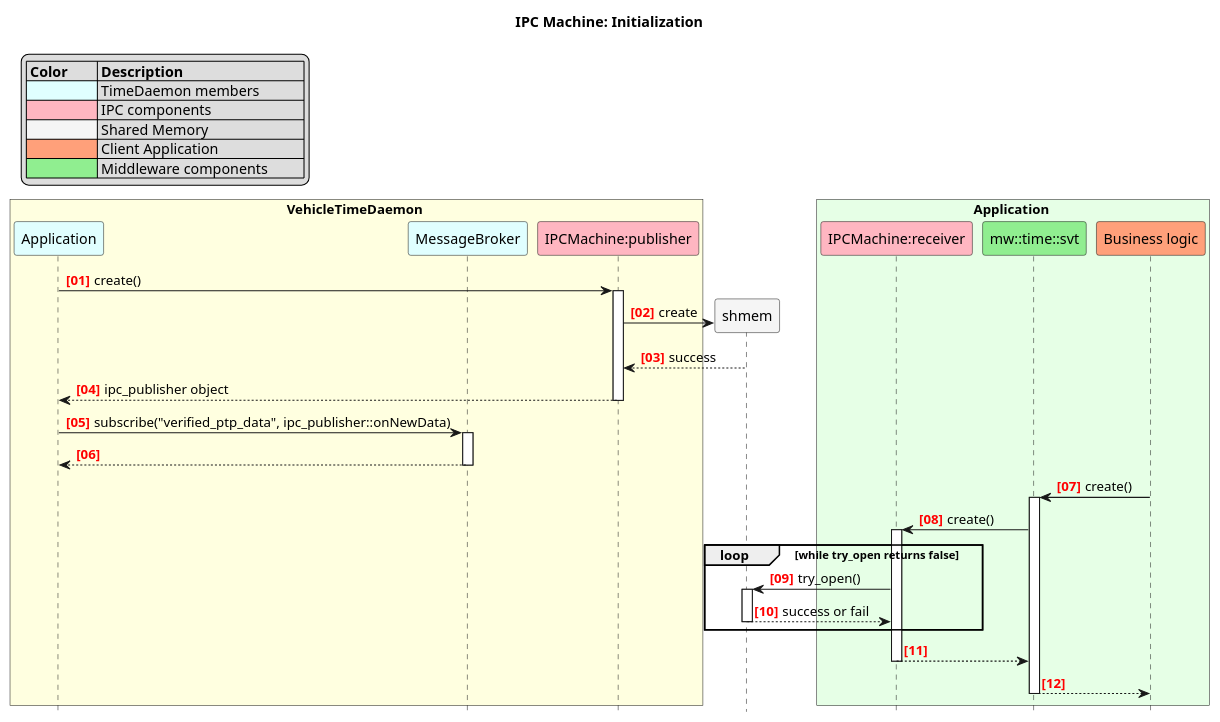
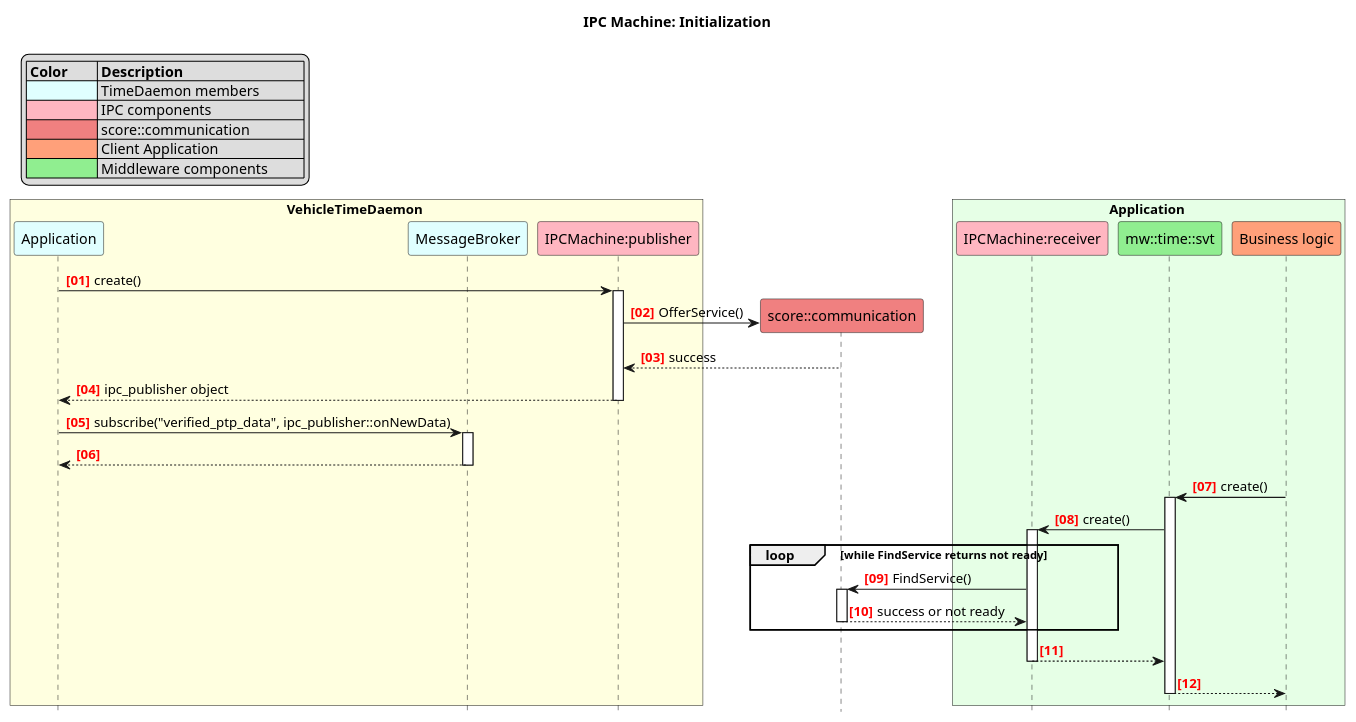
The diagram in docs/time/_assets/ipc/ipc_init_seq.puml (lavrovvalera/inc_time), drawn with PlantUML before and after one commit. The commit also changed 8 other files, not shown here.

```diff
--- a/docs/time/_assets/ipc/ipc_init_seq.puml
+++ b/docs/time/_assets/ipc/ipc_init_seq.puml
@@ -1,49 +1,49 @@
 @startuml ipc_init_seq_diagram
 
 title IPC Machine: Initialization
 
 hide footbox
 
 autonumber "<font color=red><b>[00]"
 autoactivate on
 
 legend top left
     |= Color        |= Description                  |
     |<#LightCyan>   | TimeDaemon members            |
     |<#LightPink>   | IPC components                |
-    |<#WhiteSmoke>  | Shared Memory                 |
+    |<#LightCoral>  | score::communication          |
     |<#LightSalmon> | Client Application            |
     |<#LightGreen>  | Middleware components         |
 endlegend
 
 box VehicleTimeDaemon #LightYellow
     participant "Application" as app #LightCyan
     participant "MessageBroker" as broker #LightCyan
     participant "IPCMachine:publisher" as ipc_publisher #LightPink
 end box
 
-participant "shmem" as shared_memory #WhiteSmoke
+participant "score::communication" as score_comm #LightCoral
 
 box Application #e6ffe6
     participant "IPCMachine:receiver" as ipc_receiver #LightPink
     participant "mw::time::svt" as mw #LightGreen
     participant "Business logic" as client_app #LightSalmon
 end box
 
 app -> ipc_publisher: create()
-ipc_publisher -> shared_memory**: create
-shared_memory --> ipc_publisher: success
+ipc_publisher -> score_comm**: OfferService()
+score_comm --> ipc_publisher: success
 ipc_publisher --> app : ipc_publisher object
 app -> broker : subscribe("verified_ptp_data", ipc_publisher::onNewData)
 broker --> app
 
 client_app -> mw: create()
 mw -> ipc_receiver: create()
-loop while try_open returns false
-    ipc_receiver -> shared_memory: try_open()
-    shared_memory --> ipc_receiver: success or fail
+loop while FindService returns not ready
+    ipc_receiver -> score_comm: FindService()
+    score_comm --> ipc_receiver: success or not ready
 end
 ipc_receiver --> mw
 mw --> client_app
 
 @enduml
```
